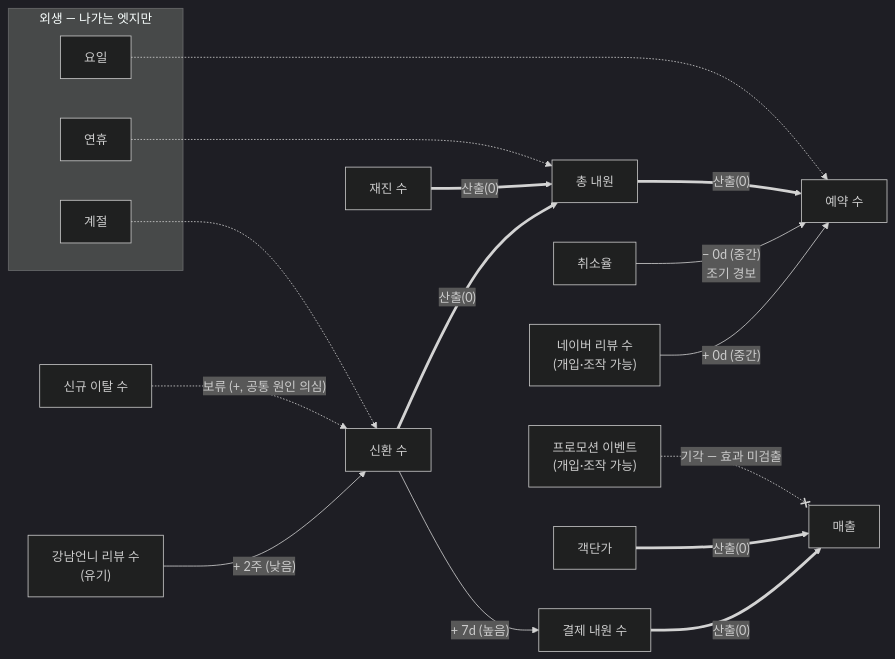
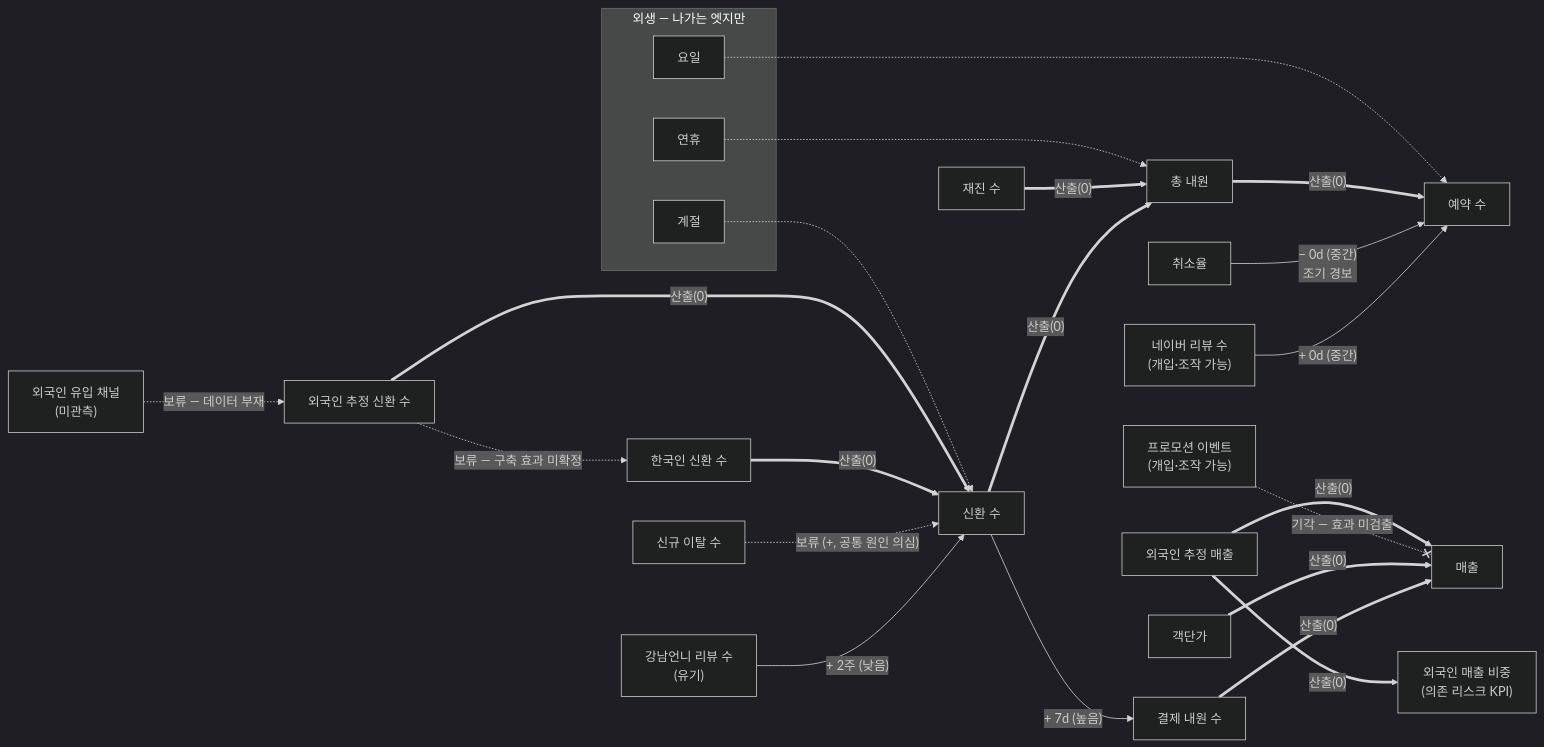
The diagram in para/resources/note/ontology/2026-09-01-ontology-07-meta.md (kknaks/kknaks_profile), drawn with Mermaid (dark theme) before and after one commit. The commit also changed other lines of this file and 1 other file, not shown here.

First line of the commit message:
docs: 개정 4 문서 정합 — 내·외국인 분해를 05 KPI 표·07 Meta에 반영

````diff
--- a/para/resources/note/ontology/2026-09-01-ontology-07-meta.md
+++ b/para/resources/note/ontology/2026-09-01-ontology-07-meta.md
@@ -63,20 +63,26 @@
 ```mermaid
 flowchart LR
     subgraph EXO["외생 — 나가는 엣지만"]
         WD["요일"]; SE["계절"]; HO["연휴"]
     end
     NV["네이버 리뷰 수<br/>(개입·조작 가능)"] -- "+ 0d (중간)" --> RSV["예약 수"]
     GU["강남언니 리뷰 수<br/>(유기)"] -- "+ 2주 (낮음)" --> NEW["신환 수"]
     CXL["취소율"] -- "− 0d (중간)<br/>조기 경보" --> RSV
     NEW -- "+ 7d (높음)" --> PAY["결제 내원 수"]
     PAY == "산출(0)" ==> SALES["매출"]
     TICKET["객단가"] == "산출(0)" ==> SALES
     NEW == "산출(0)" ==> VST["총 내원"]
     RVS["재진 수"] == "산출(0)" ==> VST
     VST == "산출(0)" ==> RSV
     NC["신규 이탈 수"] -. "보류 (+, 공통 원인 의심)" .-> NEW
     PROMO["프로모션 이벤트<br/>(개입·조작 가능)"] -. "기각 — 효과 미검출" .-x SALES
+    NEWD["한국인 신환 수"] == "산출(0)" ==> NEW
+    NEWF["외국인 추정 신환 수"] == "산출(0)" ==> NEW
+    SF["외국인 추정 매출"] == "산출(0)" ==> SALES
+    SF == "산출(0)" ==> FSS["외국인 매출 비중<br/>(의존 리스크 KPI)"]
+    CH["외국인 유입 채널<br/>(미관측)"] -. "보류 — 데이터 부재" .-> NEWF
+    NEWF -. "보류 — 구축 효과 미확정" .-> NEWD
     WD -.-> RSV
     SE -.-> NEW
     HO -.-> VST
 ```
````
